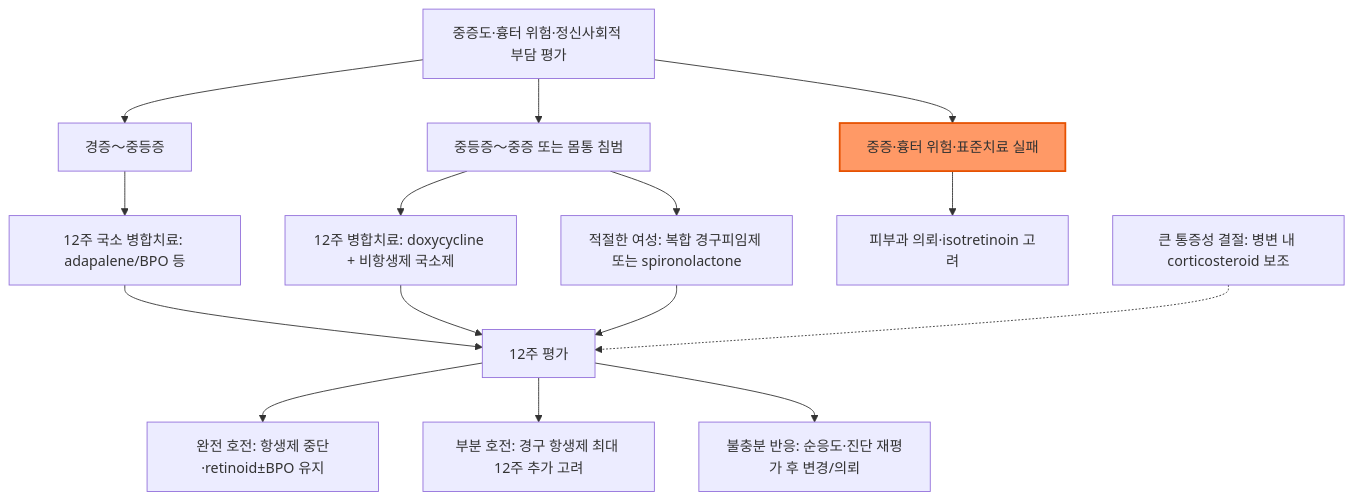
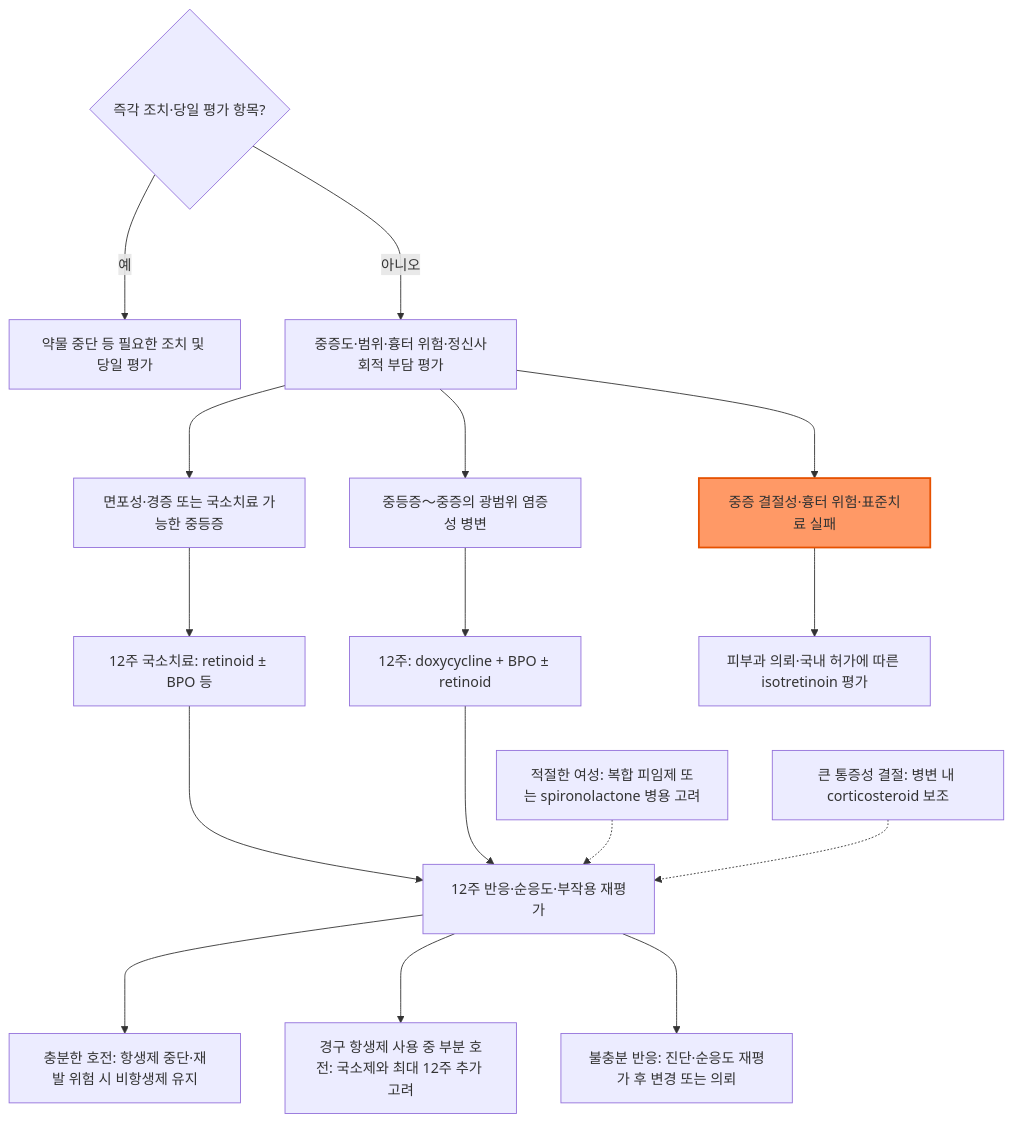
Before and after one commit to familyoh77/familyoh77: the diagram in 229_/178_-acne-vulgaris.md, drawn with Mermaid. The commit also changed other lines of this file and 3 other files, not shown here.

````diff
--- a/229_/178_-acne-vulgaris.md
+++ b/229_/178_-acne-vulgaris.md
@@ -109,18 +118,19 @@
 ```mermaid
 flowchart TD
-    A["중증도·흉터 위험·정신사회적 부담 평가"] --> B["경증～중등증"]
-    A --> C["중등증～중증 또는 몸통 침범"]
-    A --> D["중증·흉터 위험·표준치료 실패"]
-    B --> E["12주 국소 병합치료: adapalene/BPO 등"]
-    C --> F["12주 병합치료: doxycycline + 비항생제 국소제"]
-    C --> G["적절한 여성: 복합 경구피임제 또는 spironolactone"]
-    D --> H["피부과 의뢰·isotretinoin 고려"]
-    E --> I["12주 평가"]
-    F --> I
-    G --> I
-    I --> J["완전 호전: 항생제 중단·retinoid±BPO 유지"]
-    I --> K["부분 호전: 경구 항생제 최대 12주 추가 고려"]
-    I --> L["불충분 반응: 순응도·진단 재평가 후 변경/의뢰"]
+    R{"즉각 조치·당일 평가 항목?"} --->|예| U["약물 중단 등 필요한 조치 및 당일 평가"]
+    R --->|아니오| A["중증도·범위·흉터 위험·정신사회적 부담 평가"]
+    A ---> B["면포성·경증 또는 국소치료 가능한 중등증"]
+    A ---> C["중등증～중증의 광범위 염증성 병변"]
+    A ---> D["중증 결절성·흉터 위험·표준치료 실패"]
+    B ---> E["12주 국소치료: retinoid ± BPO 등"]
+    C ---> F["12주: doxycycline + BPO ± retinoid"]
+    D ---> H["피부과 의뢰·국내 허가에 따른 isotretinoin 평가"]
+    E ---> I["12주 반응·순응도·부작용 재평가"]
+    F ---> I
+    I ---> J["충분한 호전: 항생제 중단·재발 위험 시 비항생제 유지"]
+    I ---> K["경구 항생제 사용 중 부분 호전: 국소제와 최대 12주 추가 고려"]
+    I ---> L["불충분 반응: 진단·순응도 재평가 후 변경 또는 의뢰"]
+    G["적절한 여성: 복합 피임제 또는 spironolactone 병용 고려"] -.-> I
     M["큰 통증성 결절: 병변 내 corticosteroid 보조"] -.-> I
     style D fill:#f96,stroke:#e65100,stroke-width:2px
 ```
````
